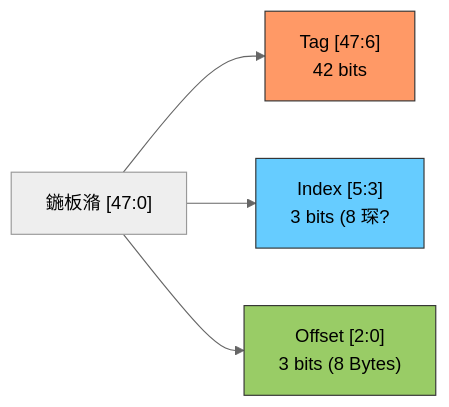
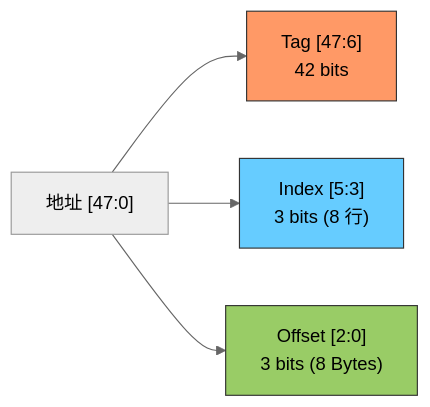
Before and after one commit to muyuzhang29-oss/obsidian-knowledge-base: the first of 10 diagrams in 09-Notes/06-Cache基础与映射方式.md, drawn with Mermaid (neutral theme). The commit also changed other lines of this file and 144 other files, not shown here.

````diff
--- a/09-Notes/06-Cache基础与映射方式.md
+++ b/09-Notes/06-Cache基础与映射方式.md
@@ -20,9 +20,9 @@
 ```mermaid
 flowchart LR
-    A["鍦板潃 [47:0]"] --> B["Tag [47:6]<br/>42 bits"]
-    A --> C["Index [5:3]<br/>3 bits (8 琛?"]
+    A["地址 [47:0]"] --> B["Tag [47:6]<br/>42 bits"]
+    A --> C["Index [5:3]<br/>3 bits (8 行)"]
     A --> D["Offset [2:0]<br/>3 bits (8 Bytes)"]
     style B fill:#f96,stroke:#333
     style C fill:#6cf,stroke:#333
     style D fill:#9c6,stroke:#333
 ```
````
